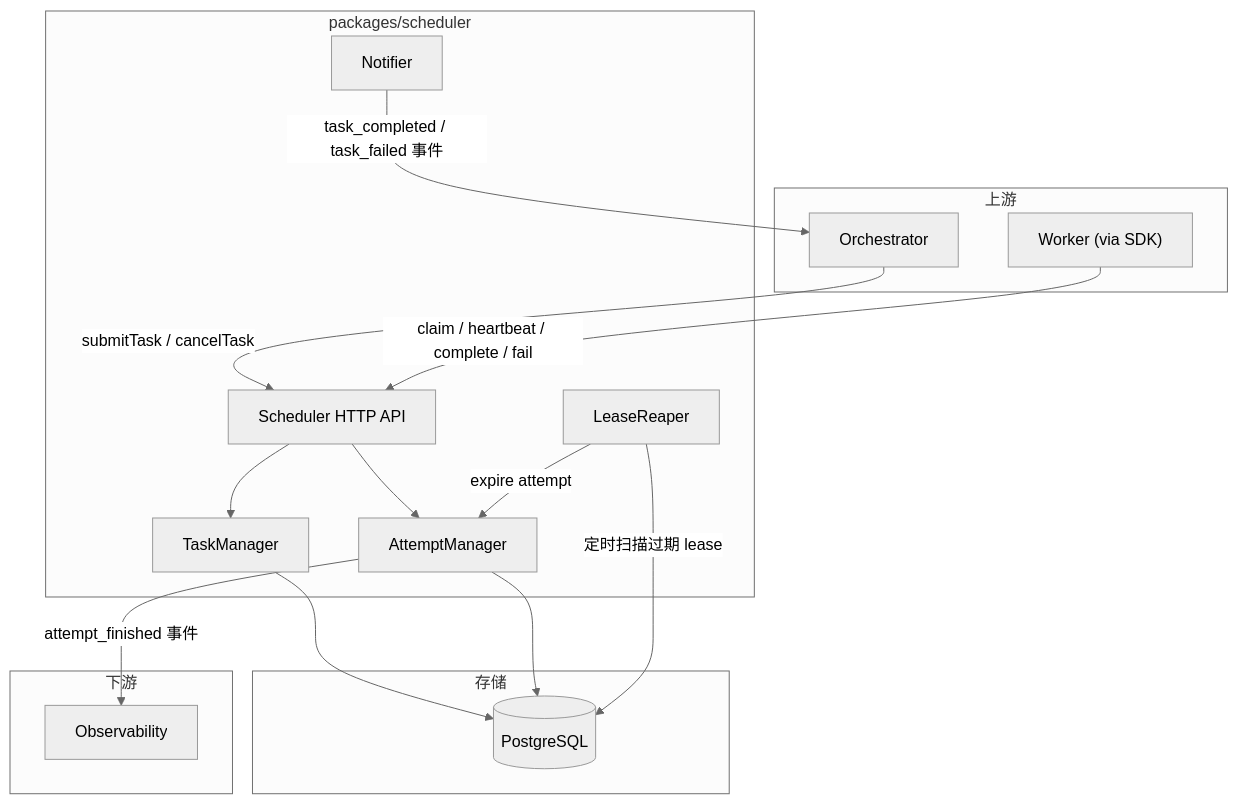
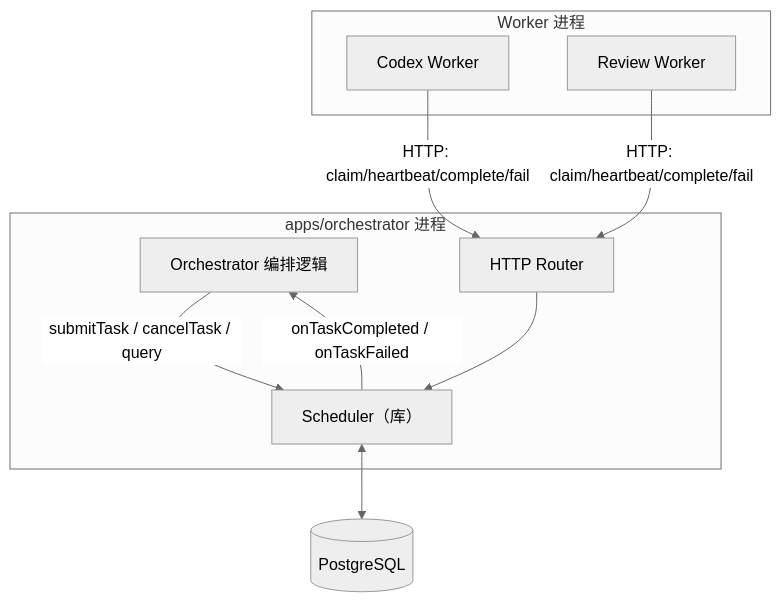
The first of 4 diagrams in docs/design-docs/scheduler.md (YoungerYang-Y/ai-sdlc-platform), drawn with Mermaid (neutral theme) before and after one commit. The commit also changed other lines of this file, not shown here.

Commit message:
docs(design-docs): 添加 Scheduler 调度设计文档

````diff
--- a/docs/design-docs/scheduler.md
+++ b/docs/design-docs/scheduler.md
@@ -26,34 +37,22 @@
 ```mermaid
 flowchart TB
-  subgraph Clients["上游"]
-    Orch["Orchestrator"]
-    Worker["Worker (via SDK)"]
-  end
+    subgraph Orchestrator["apps/orchestrator 进程"]
+        O["Orchestrator 编排逻辑"]
+        S["Scheduler（库）"]
+        API["HTTP Router"]
+    end
 
-  subgraph SchedulerSvc["packages/scheduler"]
-    API["Scheduler HTTP API"]
-    TM["TaskManager"]
-    AM["AttemptManager"]
-    LR["LeaseReaper"]
-    NF["Notifier"]
-  end
+    subgraph Workers["Worker 进程"]
+        W1["Codex Worker"]
+        W2["Review Worker"]
+    end
 
-  subgraph Storage["存储"]
     DB[(PostgreSQL)]
-  end
 
-  subgraph Downstream["下游"]
-    ObsSvc["Observability"]
-  end
-
-  Orch -->|"submitTask / cancelTask"| API
-  Worker -->|"claim / heartbeat / complete / fail"| API
-  API --> TM
-  API --> AM
-  TM --> DB
-  AM --> DB
-  LR -->|"定时扫描过期 lease"| DB
-  LR -->|"expire attempt"| AM
-  NF -->|"task_completed / task_failed 事件"| Orch
-  AM -->|"attempt_finished 事件"| ObsSvc
+    O -->|"submitTask / cancelTask / query"| S
+    S -->|"onTaskCompleted / onTaskFailed"| O
+    W1 -->|"HTTP: claim/heartbeat/complete/fail"| API
+    W2 -->|"HTTP: claim/heartbeat/complete/fail"| API
+    API --> S
+    S <--> DB
 ```
````
